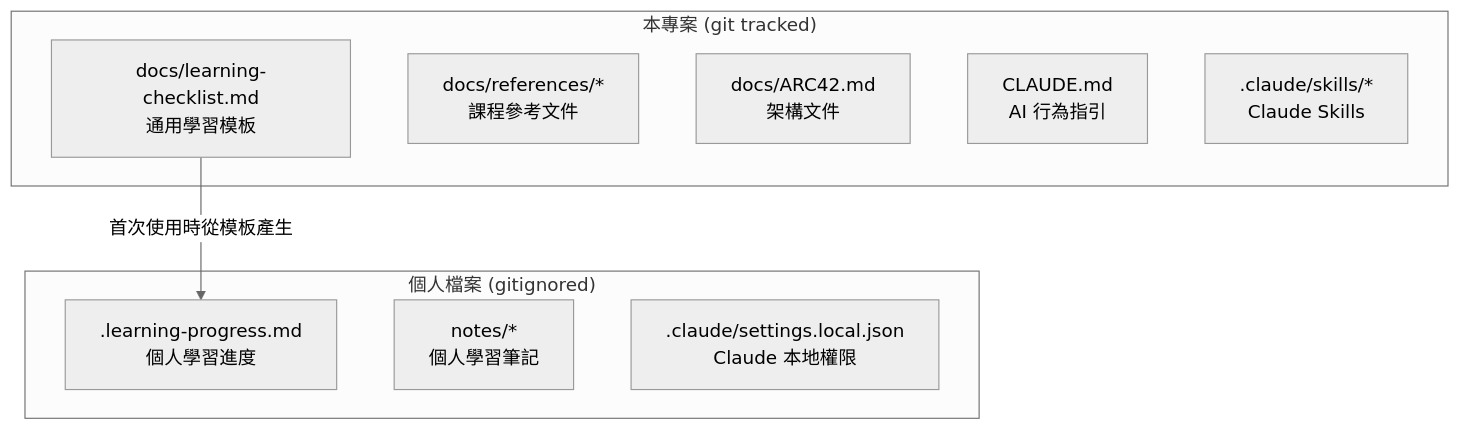
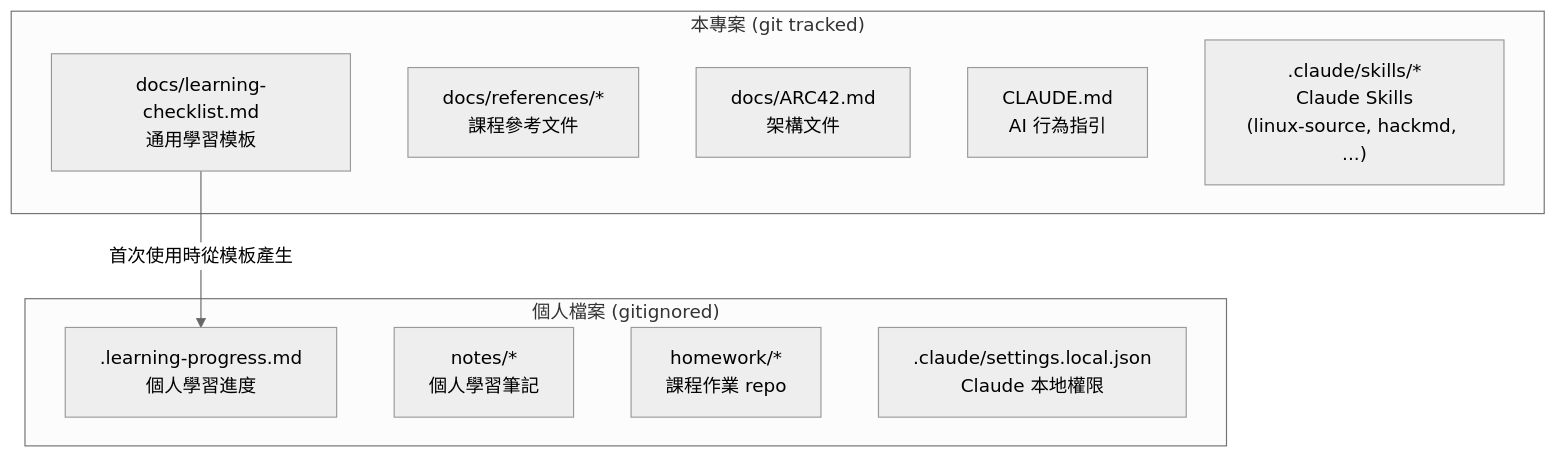
The second of 3 diagrams in docs/ARC42.md (laneser/linuxkernel2026), drawn with Mermaid (neutral theme) before and after one commit. The commit also changed other lines of this file and 6 other files, not shown here.

````diff
--- a/docs/ARC42.md
+++ b/docs/ARC42.md
@@ -60,18 +64,19 @@
 ```mermaid
 graph TB
     subgraph tracked["本專案 (git tracked)"]
         checklist["docs/learning-checklist.md<br/>通用學習模板"]
         refs["docs/references/*<br/>課程參考文件"]
         arc42["docs/ARC42.md<br/>架構文件"]
         claude_md["CLAUDE.md<br/>AI 行為指引"]
-        skills[".claude/skills/*<br/>Claude Skills"]
+        skills[".claude/skills/*<br/>Claude Skills<br/>(linux-source, hackmd, ...)"]
     end
 
     subgraph personal["個人檔案 (gitignored)"]
         progress[".learning-progress.md<br/>個人學習進度"]
         notes["notes/*<br/>個人學習筆記"]
+        homework["homework/*<br/>課程作業 repo"]
         settings[".claude/settings.local.json<br/>Claude 本地權限"]
     end
 
     checklist -- "首次使用時從模板產生" --> progress
 ```
````
